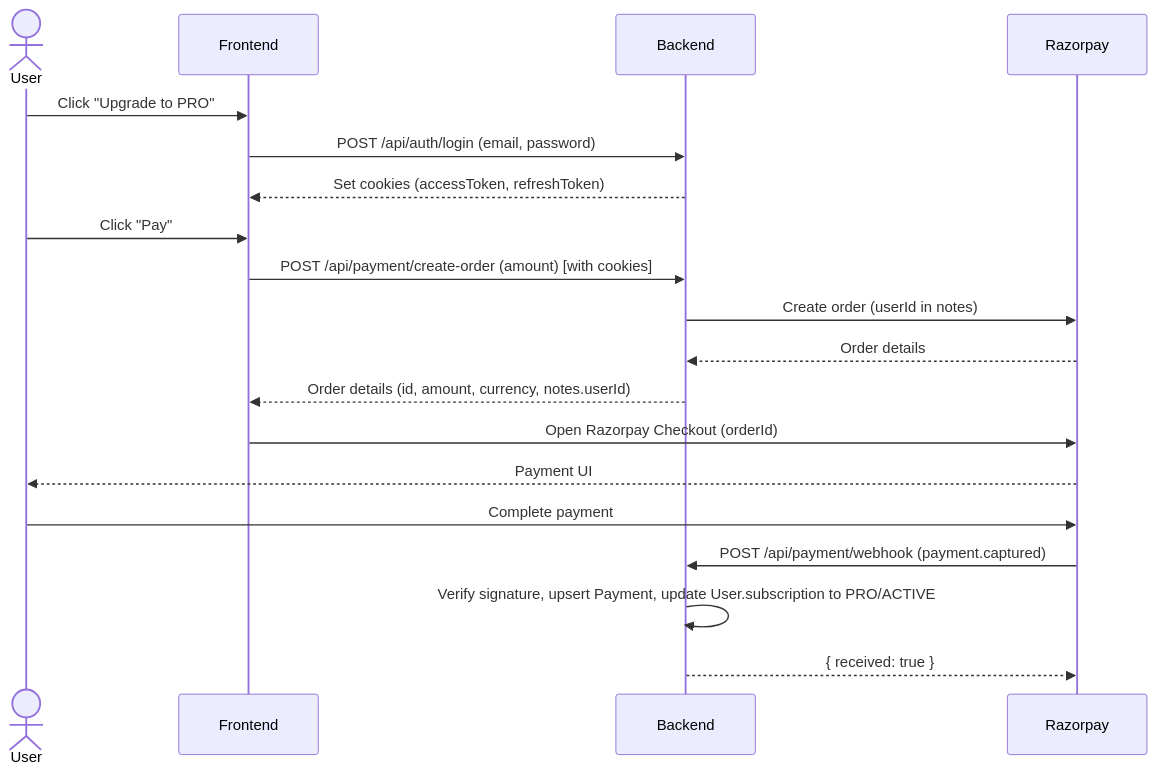
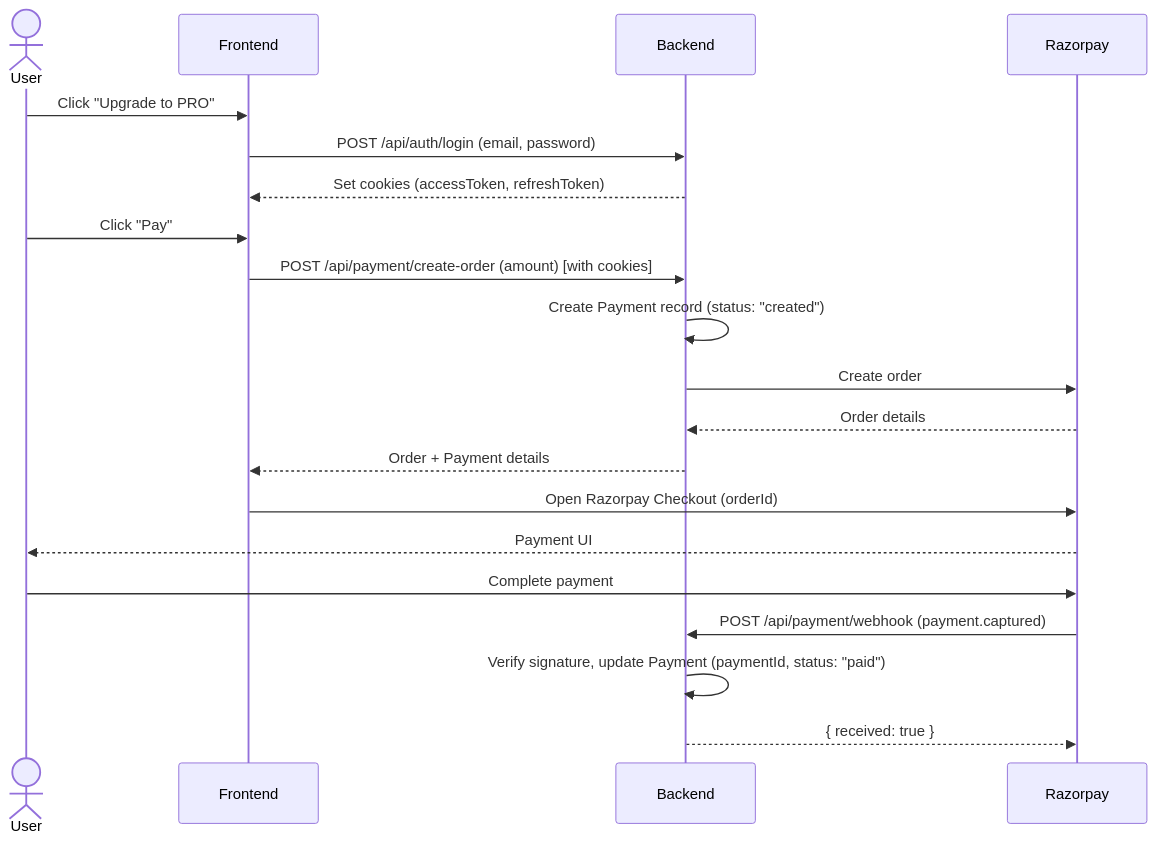
Before and after one commit to Ashwan1-yadav/NavRiox-backend: the diagram in Readme.md, drawn with Mermaid. The commit also changed other lines of this file, not shown here.

````diff
--- a/Readme.md
+++ b/Readme.md
@@ -267,25 +280,26 @@
 ```mermaid
 sequenceDiagram
   actor User
   participant FE as Frontend
   participant BE as Backend
   participant RZP as Razorpay
 
   User->>FE: Click "Upgrade to PRO"
   FE->>BE: POST /api/auth/login (email, password)
   BE-->>FE: Set cookies (accessToken, refreshToken)
 
   User->>FE: Click "Pay"
   FE->>BE: POST /api/payment/create-order (amount) [with cookies]
-  BE->>RZP: Create order (userId in notes)
+  BE->>BE: Create Payment record (status: "created")
+  BE->>RZP: Create order
   RZP-->>BE: Order details
-  BE-->>FE: Order details (id, amount, currency, notes.userId)
+  BE-->>FE: Order + Payment details
 
   FE->>RZP: Open Razorpay Checkout (orderId)
   RZP-->>User: Payment UI
   User->>RZP: Complete payment
 
   RZP->>BE: POST /api/payment/webhook (payment.captured)
-  BE->>BE: Verify signature, upsert Payment, update User.subscription to PRO/ACTIVE
+  BE->>BE: Verify signature, update Payment (paymentId, status: "paid")
   BE-->>RZP: { received: true }
 ```
````
